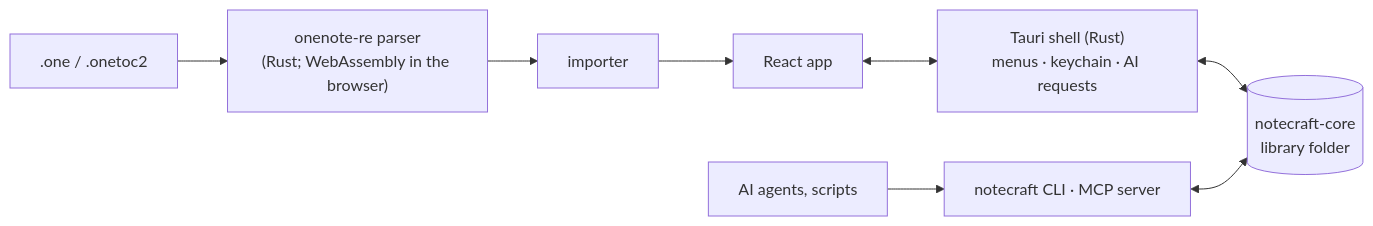
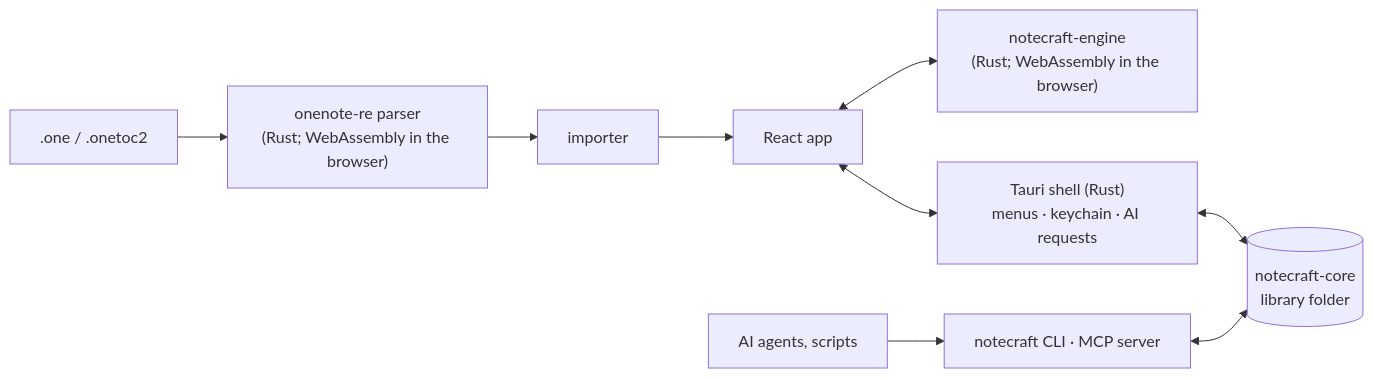
One commit to joshmaster2165/Notecraft changed the diagram in README.md. Above: the diagram before and after it, drawn with Mermaid. The commit also changed other lines of this file and 90 other files, not shown here.

````diff
--- a/README.md
+++ b/README.md
@@ -181,10 +188,11 @@
 ```mermaid
 flowchart LR
   one[".one / .onetoc2"] --> parser["onenote-re parser<br/>(Rust; WebAssembly in the browser)"]
   parser --> importer["importer"]
   importer --> ui["React app"]
+  ui <--> engine["notecraft-engine<br/>(Rust; WebAssembly in the browser)"]
   ui <--> shell["Tauri shell (Rust)<br/>menus · keychain · AI requests"]
   shell <--> core[("notecraft-core<br/>library folder")]
   cli["notecraft CLI · MCP server"] <--> core
   agents["AI agents, scripts"] --> cli
 ```
````
